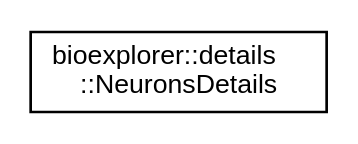
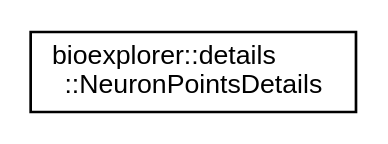
Before and after one commit to BlueBrain/BioExplorer: the diagram in docs/inherit_graph_41.dot, drawn with Graphviz. The commit also changed 256 other files, not shown here.

```diff
--- a/docs/inherit_graph_41.dot
+++ b/docs/inherit_graph_41.dot
@@ -1,8 +1,8 @@
 digraph "Graphical Class Hierarchy"
 {
  // LATEX_PDF_SIZE
   edge [fontname="Helvetica",fontsize="10",labelfontname="Helvetica",labelfontsize="10"];
   node [fontname="Helvetica",fontsize="10",shape=record];
   rankdir="LR";
-  Node0 [label="bioexplorer::details\l::NeuronsDetails",height=0.2,width=0.4,color="black", fillcolor="white", style="filled",URL="$dc/d93/structbioexplorer_1_1details_1_1NeuronsDetails.html",tooltip=" "];
+  Node0 [label="bioexplorer::details\l::NeuronPointsDetails",height=0.2,width=0.4,color="black", fillcolor="white", style="filled",URL="$d0/d6e/structbioexplorer_1_1details_1_1NeuronPointsDetails.html",tooltip=" "];
 }
```
